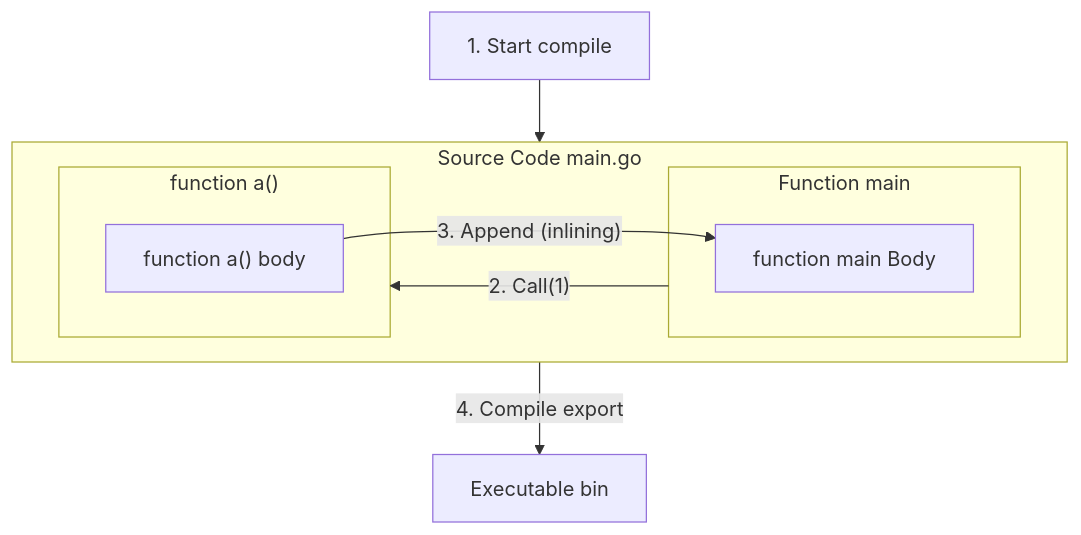
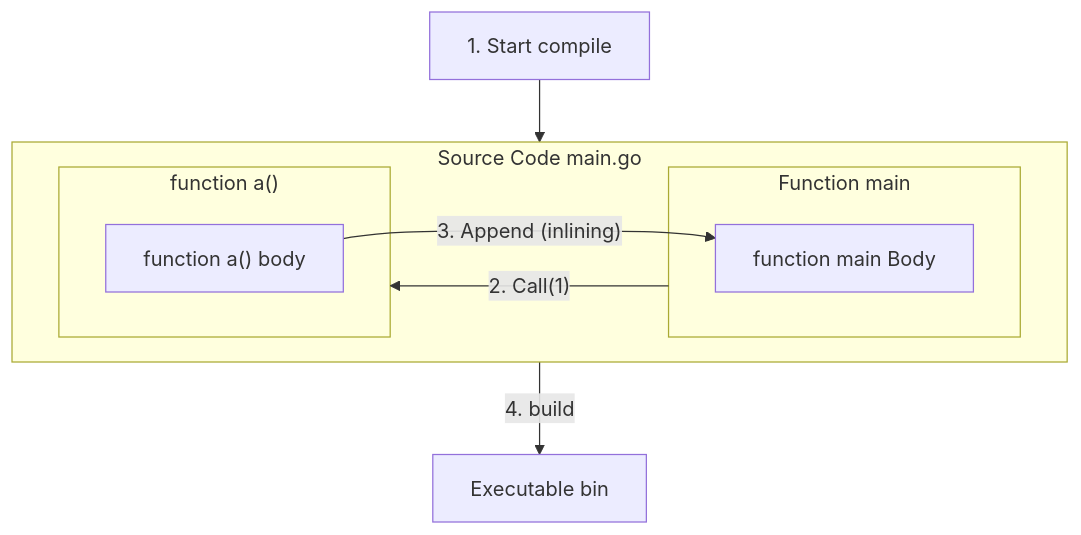
The diagram in clqtd44vx000808jxc56y5apo.md (lyluongthien/thediligentengineer.com-backup), drawn with Mermaid before and after one commit.

Commit message:
update post: Inlining in Go

````diff
--- a/clqtd44vx000808jxc56y5apo.md
+++ b/clqtd44vx000808jxc56y5apo.md
@@ -35,23 +35,23 @@
 ```mermaid
 flowchart TB
 
     X[1. Start compile]
     X-->SC
     F[Executable bin] 
 
     subgraph SC[Source Code main.go]
         
         subgraph A[Function main]
             D[function main Body]
         end  
 
         subgraph B["function a()"]
             C["function a() body"]
         end 
         A--2. Call(1) -->B
         C--3. Append (inlining)-->D
        
     end
-     SC--4. Compile export --> F
+     SC--4. build --> F
 
 ```
````
